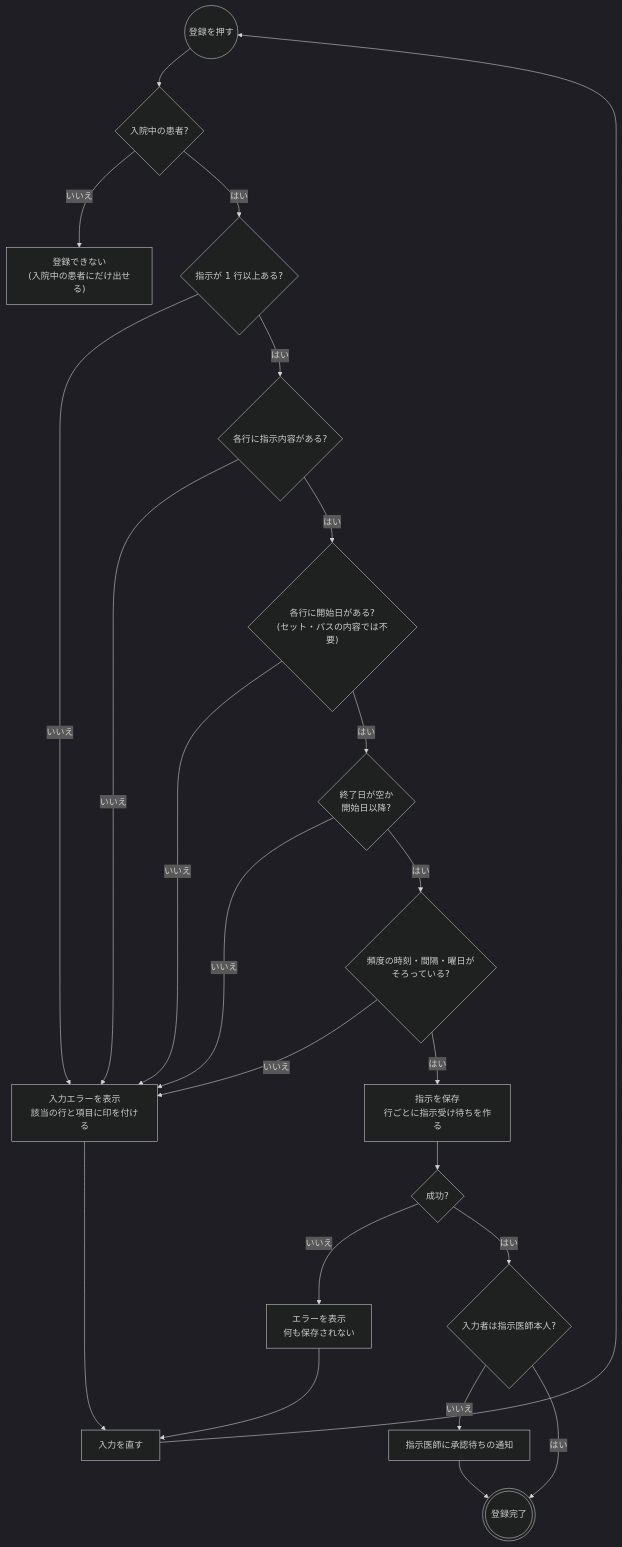
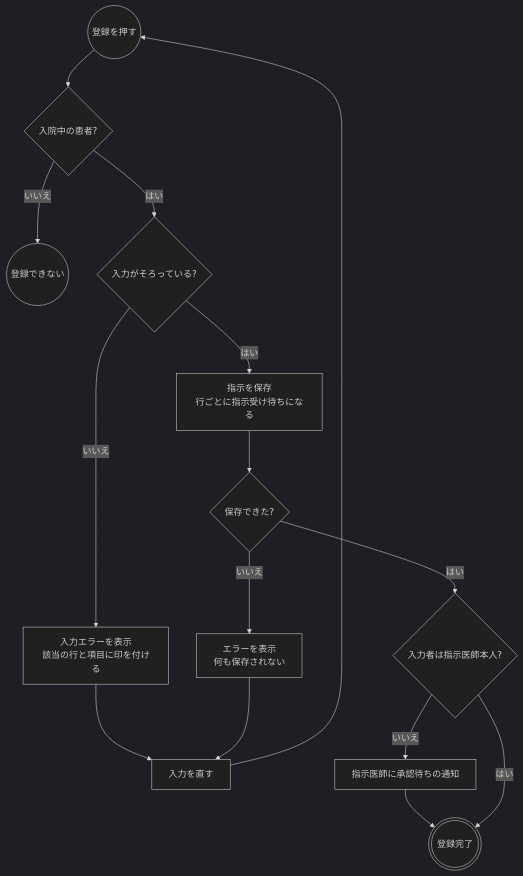
One commit to ysnr-dev/fhir-client-docs changed the second of 5 diagrams in docs/flows/nursing.md. Above: the diagram before and after it, drawn with Mermaid (dark theme). The commit also changed other lines of this file and 43 other files, not shown here.

Commit message:
docs: 業務フローとシーケンス図を写し直し

````diff
--- a/docs/flows/nursing.md
+++ b/docs/flows/nursing.md
@@ -88,38 +73,25 @@
 ```mermaid
 flowchart TD
   submit(("登録を押す"))
   inpatient{"入院中の患者?"}
-  notAllowed["登録できない<br/>(入院中の患者にだけ出せる)"]
-  lines{"指示が 1 行以上ある?"}
-  text{"各行に指示内容がある?"}
-  startQ{"各行に開始日がある?<br/>(セット・パスの内容では不要)"}
-  endQ{"終了日が空か<br/>開始日以降?"}
-  schedule{"頻度の時刻・間隔・曜日が<br/>そろっている?"}
+  notAllowed(("登録できない"))
+  valid{"入力がそろっている?"}
   error["入力エラーを表示<br/>該当の行と項目に印を付ける"]
-  send["指示を保存<br/>行ごとに指示受け待ちを作る"]
-  result{"成功?"}
+  fix["入力を直す"]
+  send["指示を保存<br/>行ごとに指示受け待ちになる"]
+  result{"保存できた?"}
   failed["エラーを表示<br/>何も保存されない"]
   proxy{"入力者は指示医師本人?"}
   approval["指示医師に承認待ちの通知"]
   done((("登録完了")))
-  fix["入力を直す"]
 
   submit --> inpatient
   inpatient -- "いいえ" --> notAllowed
-  inpatient -- "はい" --> lines
-  lines -- "いいえ" --> error
-  lines -- "はい" --> text
-  text -- "いいえ" --> error
-  text -- "はい" --> startQ
-  startQ -- "いいえ" --> error
-  startQ -- "はい" --> endQ
-  endQ -- "いいえ" --> error
-  endQ -- "はい" --> schedule
-  schedule -- "いいえ" --> error
-  schedule -- "はい" --> send --> result
+  inpatient -- "はい" --> valid
+  valid -- "いいえ" --> error --> fix --> submit
+  valid -- "はい" --> send --> result
   result -- "いいえ" --> failed --> fix
   result -- "はい" --> proxy
   proxy -- "いいえ" --> approval --> done
   proxy -- "はい" --> done
-  error --> fix --> submit
 ```
````
